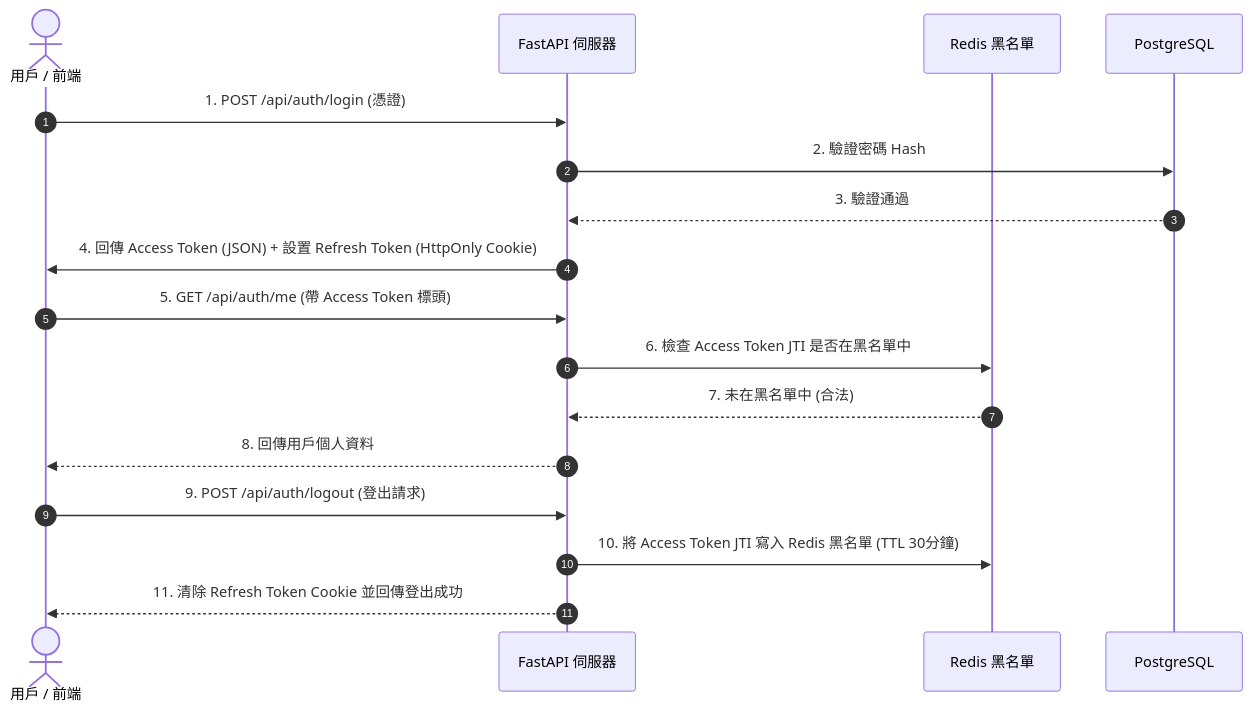
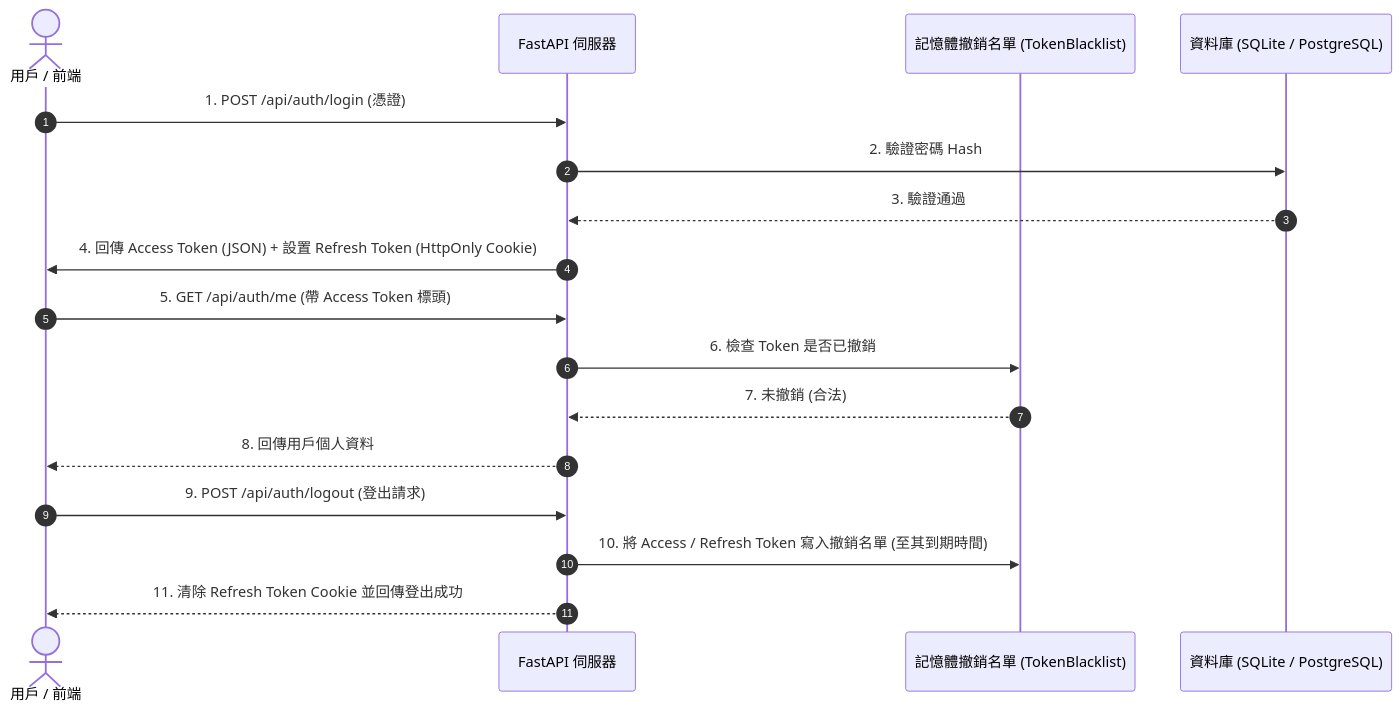
One commit to Scorpio-meow/AskMiao changed the third of 6 diagrams in docs/architecture.md. Above: the diagram before and after it, drawn with Mermaid. The commit also changed other lines of this file and 15 other files, not shown here.

````diff
--- a/docs/architecture.md
+++ b/docs/architecture.md
@@ -88,22 +119,22 @@
 ```mermaid
 sequenceDiagram
     autonumber
     actor User as 用戶 / 前端
     participant API as FastAPI 伺服器
-    participant Redis as Redis 黑名單
-    participant DB as PostgreSQL
+    participant Blacklist as 記憶體撤銷名單 (TokenBlacklist)
+    participant DB as 資料庫 (SQLite / PostgreSQL)
 
     User->>API: 1. POST /api/auth/login (憑證)
     API->>DB: 2. 驗證密碼 Hash
     DB-->>API: 3. 驗證通過
     API->>User: 4. 回傳 Access Token (JSON) + 設置 Refresh Token (HttpOnly Cookie)
 
     User->>API: 5. GET /api/auth/me (帶 Access Token 標頭)
-    API->>Redis: 6. 檢查 Access Token JTI 是否在黑名單中
-    Redis-->>API: 7. 未在黑名單中 (合法)
+    API->>Blacklist: 6. 檢查 Token 是否已撤銷
+    Blacklist-->>API: 7. 未撤銷 (合法)
     API-->>User: 8. 回傳用戶個人資料
 
     User->>API: 9. POST /api/auth/logout (登出請求)
-    API->>Redis: 10. 將 Access Token JTI 寫入 Redis 黑名單 (TTL 30分鐘)
+    API->>Blacklist: 10. 將 Access / Refresh Token 寫入撤銷名單 (至其到期時間)
     API-->>User: 11. 清除 Refresh Token Cookie 並回傳登出成功
 ```
````
